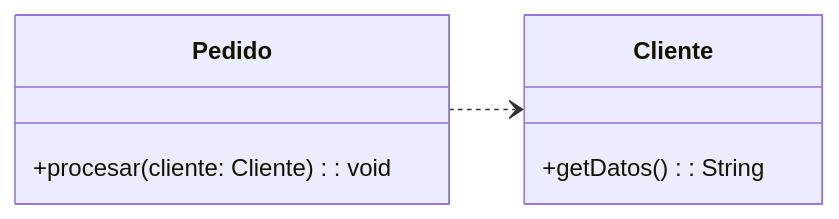
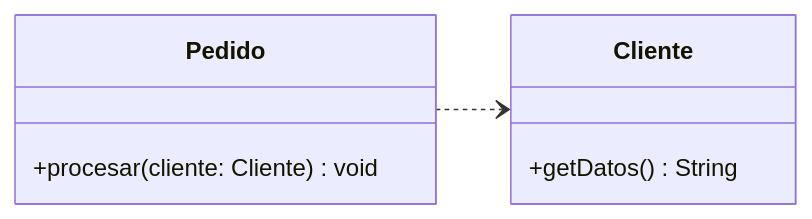
Diagram 15 of 28 in UD4 - Introducción a POO, diagramas UML y diagramas de clases/ud04_2_notacion_uml_diagramas_clases.md (danielmartinan/entornos_desarrollo_2024-25), drawn with Mermaid before and after one commit. The commit also changed other lines of this file and 2 other files, not shown here.

Commit message:
Movido pasos para crear un diagrama de clases a partir de la definición del problema de ud04_3 a ud04_2

````diff
--- a/UD4 - Introducción a POO, diagramas UML y diagramas de clases/ud04_2_notacion_uml_diagramas_clases.md
+++ b/UD4 - Introducción a POO, diagramas UML y diagramas de clases/ud04_2_notacion_uml_diagramas_clases.md
@@ -467,13 +481,13 @@
 ```mermaid
 classDiagram
     direction LR
     class Pedido {
-        +procesar(cliente: Cliente): void
+        +procesar(cliente: Cliente) void
     }
 
     class Cliente {
-        +getDatos(): String
+        +getDatos() String
     }
 
     Pedido ..> Cliente
 ```
````
